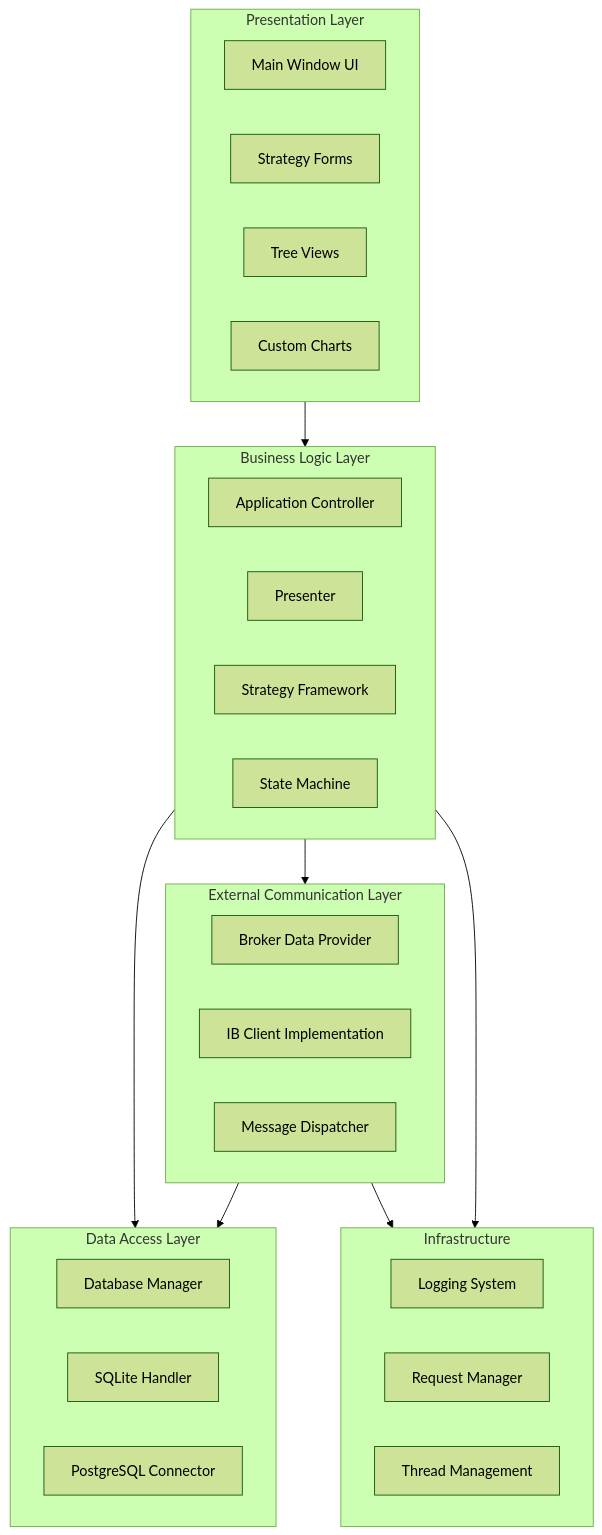
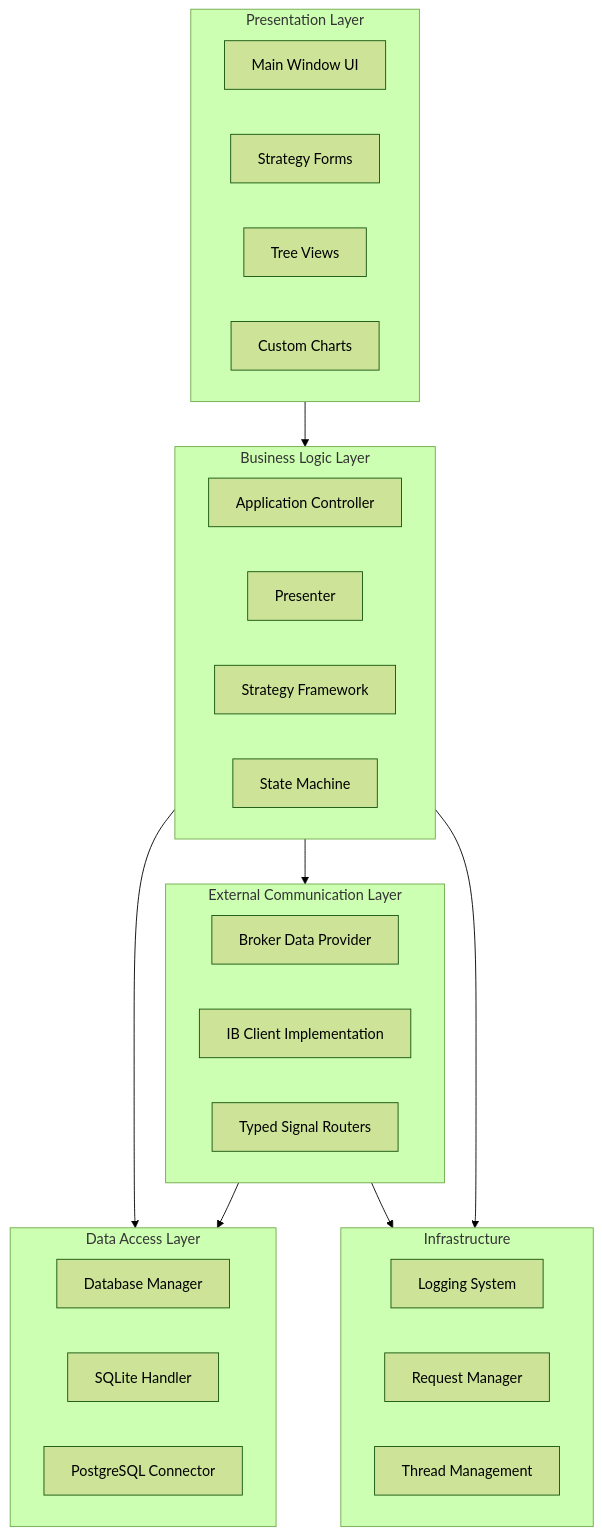
Before and after one commit to CloseToAlgoTrading/IbTradeQtDev: the first of 23 diagrams in IbTradeQt/ARCHITECTURE.md, drawn with Mermaid (forest theme). The commit also changed other lines of this file and 33 other files, not shown here.

````diff
--- a/IbTradeQt/ARCHITECTURE.md
+++ b/IbTradeQt/ARCHITECTURE.md
@@ -58,41 +58,41 @@
 ```mermaid
 flowchart TB
     subgraph presentation [Presentation Layer]
         MainWindow[Main Window UI]
         StrategyForms[Strategy Forms]
         TreeViews[Tree Views]
         Charts[Custom Charts]
     end
     
     subgraph business [Business Logic Layer]
         Controller[Application Controller]
         Presenter[Presenter]
         StrategyFramework[Strategy Framework]
         StateMachine[State Machine]
     end
     
     subgraph data [Data Access Layer]
         DBManager[Database Manager]
         DBHandler[SQLite Handler]
         DBConnector[PostgreSQL Connector]
     end
     
     subgraph external [External Communication Layer]
         BrokerProvider[Broker Data Provider]
         IBClient[IB Client Implementation]
-        Dispatcher[Message Dispatcher]
+        TypedRouters[Typed Signal Routers]
     end
     
     subgraph infrastructure [Infrastructure]
         Logger[Logging System]
         ReqManager[Request Manager]
         Threading[Thread Management]
     end
     
     presentation --> business
     business --> data
     business --> external
     external --> data
     business --> infrastructure
     external --> infrastructure
 ```
````
